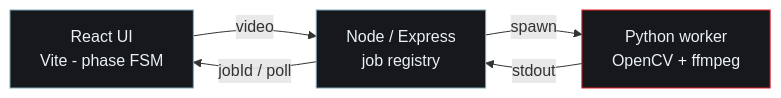
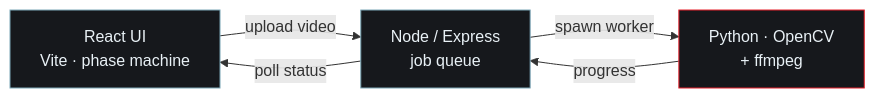
The first of 2 diagrams in README.md (RYzZzEN007/redact), drawn with Mermaid before and after one commit. The commit also changed other lines of this file, not shown here.

Commit message:
docs: polished README — live badge, CI/CD diagram, full stack, collapsible sections

````diff
--- a/README.md
+++ b/README.md
@@ -31,10 +49,10 @@
 ```mermaid
 flowchart LR
-    A[React UI<br/>Vite - phase FSM] -->|video| B[Node / Express<br/>job registry]
-    B -->|spawn| C[Python worker<br/>OpenCV + ffmpeg]
-    C -->|stdout| B
-    B -->|jobId / poll| A
+    A[React UI<br/>Vite · phase machine] -->|upload video| B[Node / Express<br/>job queue]
+    B -->|spawn worker| C[Python · OpenCV<br/>+ ffmpeg]
+    C -->|progress| B
+    B -->|poll status| A
     style A fill:#16181C,stroke:#7DA8B8,color:#E9F1F6
     style B fill:#16181C,stroke:#7DA8B8,color:#E9F1F6
     style C fill:#16181C,stroke:#E5202A,color:#E9F1F6
 ```
````
